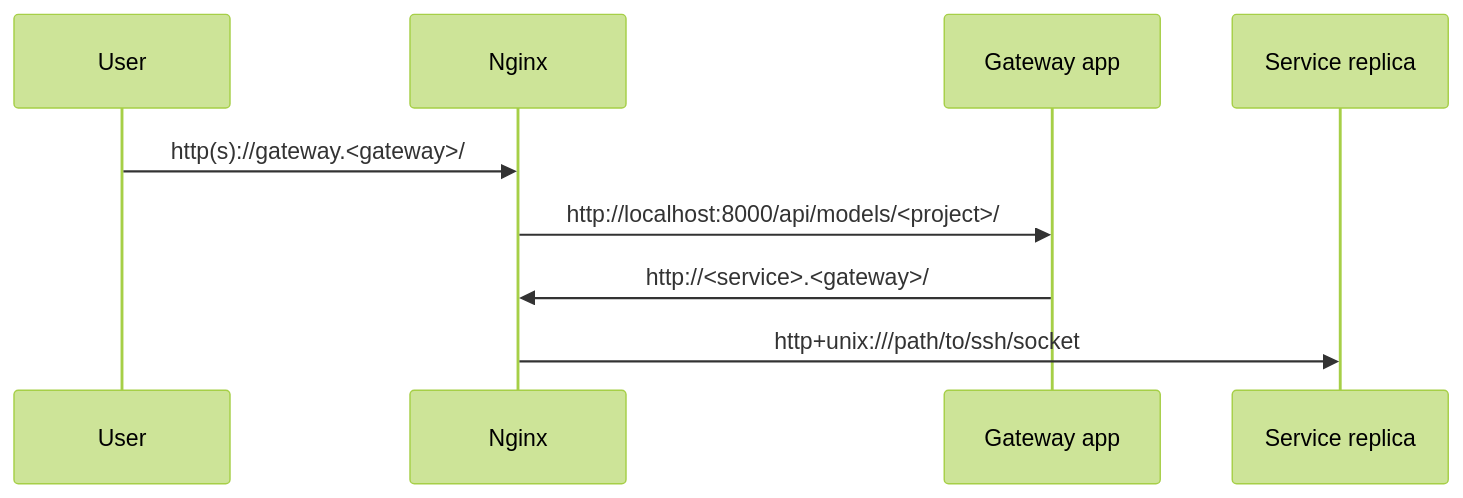
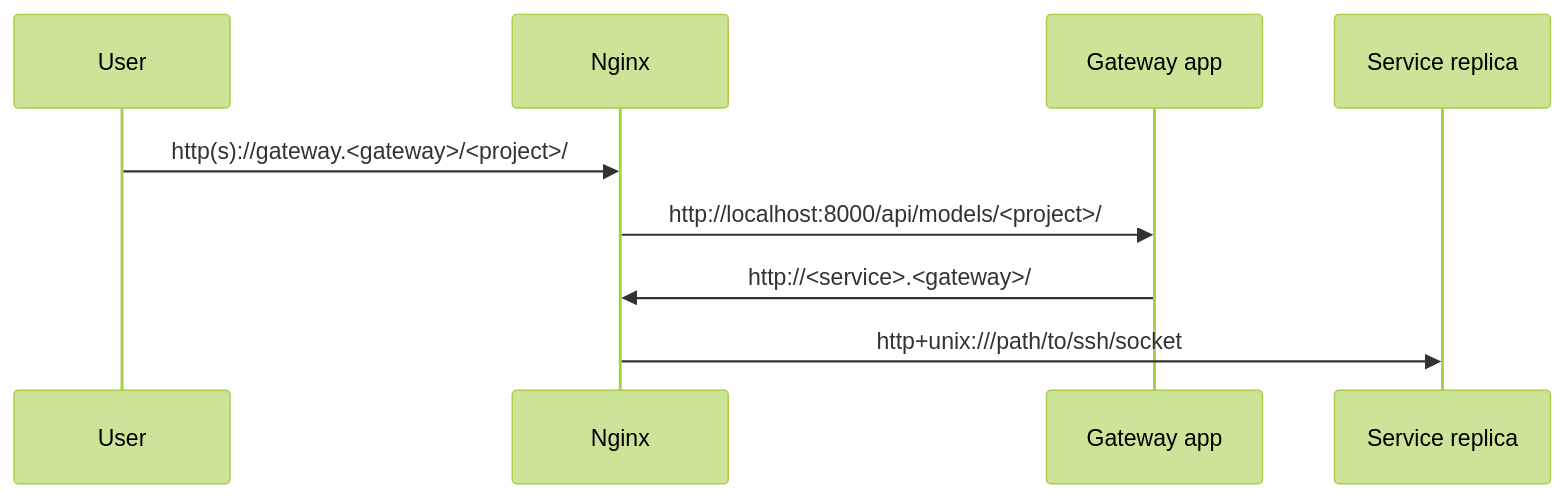
Before and after one commit to dstackai/dstack: the second of 4 diagrams in contributing/PROXY.md, drawn with Mermaid (forest theme). The commit also changed other lines of this file and 114 other files, not shown here.

````diff
--- a/contributing/PROXY.md
+++ b/contributing/PROXY.md
@@ -47,7 +55,7 @@
 ```mermaid
 sequenceDiagram
-    User->>Nginx: http(s)://gateway.<gateway>/
+    User->>Nginx: http(s)://gateway.<gateway>/<project>/
     Nginx->>Gateway app: http://localhost:8000/api/models/<project>/
     Gateway app->>Nginx: http://<service>.<gateway>/
     Nginx->>Service replica: http+unix:///path/to/ssh/socket
 ```
````
